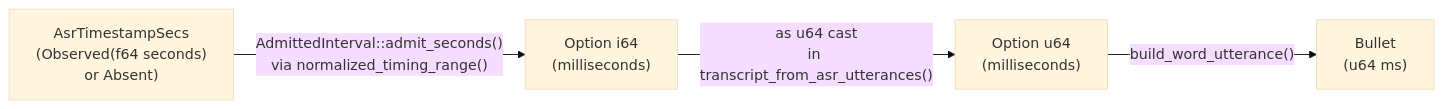
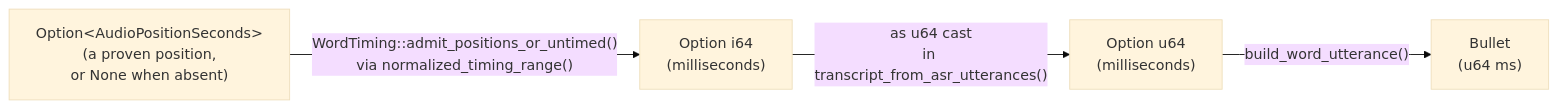
One commit to FranklinChen/talkbank-tools changed the fifth of 7 diagrams in book/src/batchalign/architecture/asr-token-pipeline.md. Above: the diagram before and after it, drawn with Mermaid (base theme). The commit also changed other lines of this file and 470 other files, not shown here.

````diff
--- a/book/src/batchalign/architecture/asr-token-pipeline.md
+++ b/book/src/batchalign/architecture/asr-token-pipeline.md
@@ -466,11 +495,11 @@
 ```mermaid
 flowchart LR
-    Raw["AsrTimestampSecs\n(Observed(f64 seconds)\nor Absent)"]
+    Raw["Option&lt;AudioPositionSeconds&gt;\n(a proven position,\nor None when absent)"]
     Internal["Option i64\n(milliseconds)"]
     Output["Option u64\n(milliseconds)"]
     Bullet["Bullet\n(u64 ms)"]
 
-    Raw -->|"AdmittedInterval::admit_seconds()\nvia normalized_timing_range()"| Internal
+    Raw -->|"WordTiming::admit_positions_or_untimed()\nvia normalized_timing_range()"| Internal
     Internal -->|"as u64 cast\nin transcript_from_asr_utterances()"| Output
     Output -->|"build_word_utterance()"| Bullet
 ```
````
